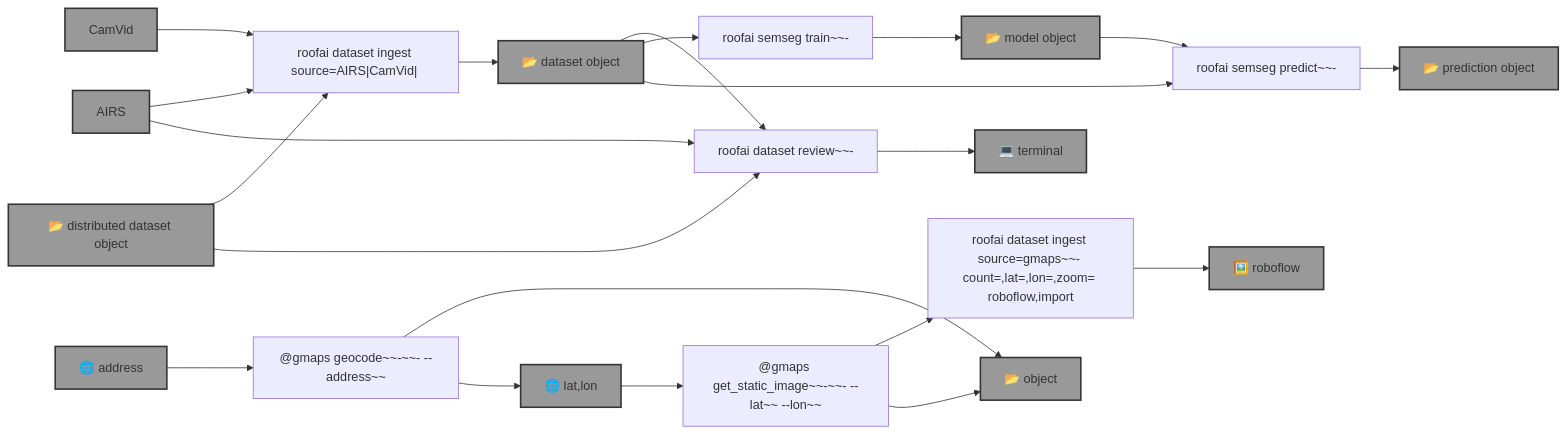
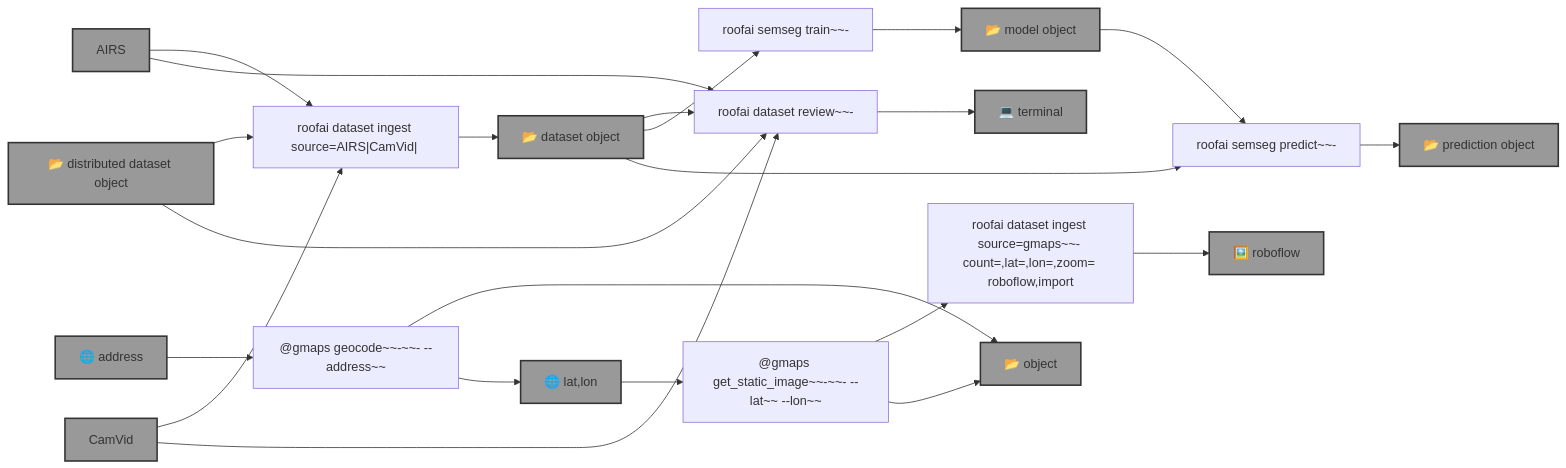
Before and after one commit to kamangir/roofai: the diagram in template.md, drawn with Mermaid. The commit also changed 2 other files, not shown here.

Commit message:
doc++ - kamangir/bolt#746 - no-workflow 🪄

````diff
--- a/template.md
+++ b/template.md
@@ -9,57 +9,58 @@
 ```mermaid
 graph LR
     dataset_ingest["roofai dataset ingest source=AIRS|CamVid|<distributed-dataset> <dataset-object-name>"]
 
     dataset_ingest_gmaps["roofai dataset ingest source=gmaps~~- count=<count>,lat=<lat>,lon=<lon>,zoom=<zoom> roboflow,import"]
 
     dataset_review["roofai dataset review~~- <dataset-object-name>"]
 
     gmaps_get_static_image["@gmaps get_static_image~~-~~- --lat~~<lat> --lon~~<lon>"]
 
     gmaps_geocode["@gmaps geocode~~-~~- --address~~<address>"]
 
     semseg_train["roofai semseg train~~- <dataset-object-name> <model-object-name>"]
 
     semseg_predict["roofai semseg predict~~- <model-object-name> <dataset-object-name> <prediction-object-name>"]
 
     address["🌐 address"]:::folder
     lat_lon["🌐 lat,lon"]:::folder
     AIRS["AIRS"]:::folder
     CamVid["CamVid"]:::folder
     dataset_object_name["📂 dataset object"]:::folder
     distributed_dataset_object_name["📂 distributed dataset object"]:::folder
     model_object_name["📂 model object"]:::folder
     prediction_object_name["📂 prediction object"]:::folder
     object_name["📂 object"]:::folder
     terminal["💻 terminal"]:::folder
     roboflow["🖼️ roboflow"]:::folder
 
     distributed_dataset_object_name --> dataset_ingest
     AIRS --> dataset_ingest
     CamVid --> dataset_ingest
     dataset_ingest --> dataset_object_name
 
     gmaps_get_static_image --> dataset_ingest_gmaps
     dataset_ingest_gmaps --> roboflow
 
     AIRS --> dataset_review
     distributed_dataset_object_name --> dataset_review
+    CamVid --> dataset_review
     dataset_object_name --> dataset_review
     dataset_review --> terminal
 
     dataset_object_name --> semseg_train
     semseg_train --> model_object_name
 
     model_object_name --> semseg_predict
     dataset_object_name --> semseg_predict
     semseg_predict --> prediction_object_name
 
     lat_lon --> gmaps_get_static_image
     gmaps_get_static_image --> object_name
 
     address --> gmaps_geocode
     gmaps_geocode --> object_name
     gmaps_geocode --> lat_lon
 
     classDef folder fill:#999,stroke:#333,stroke-width:2px;
 ```
````
